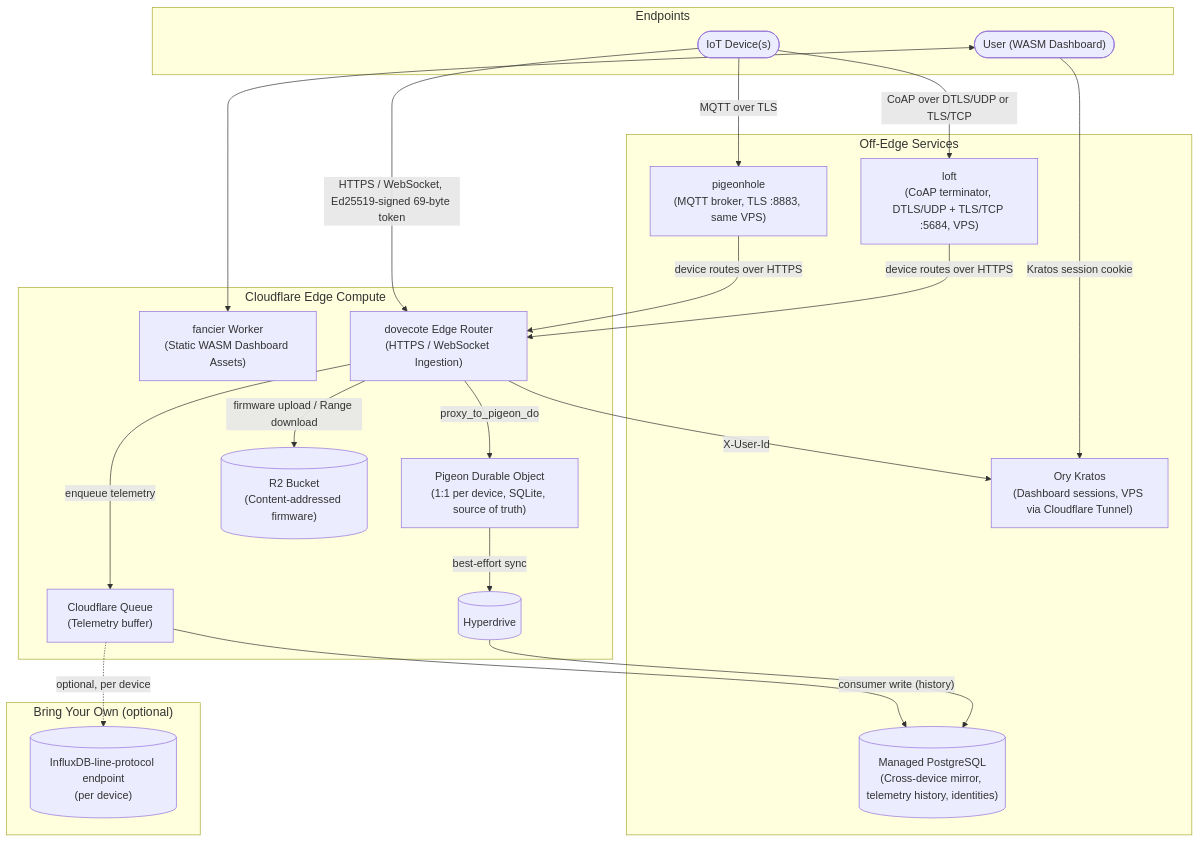
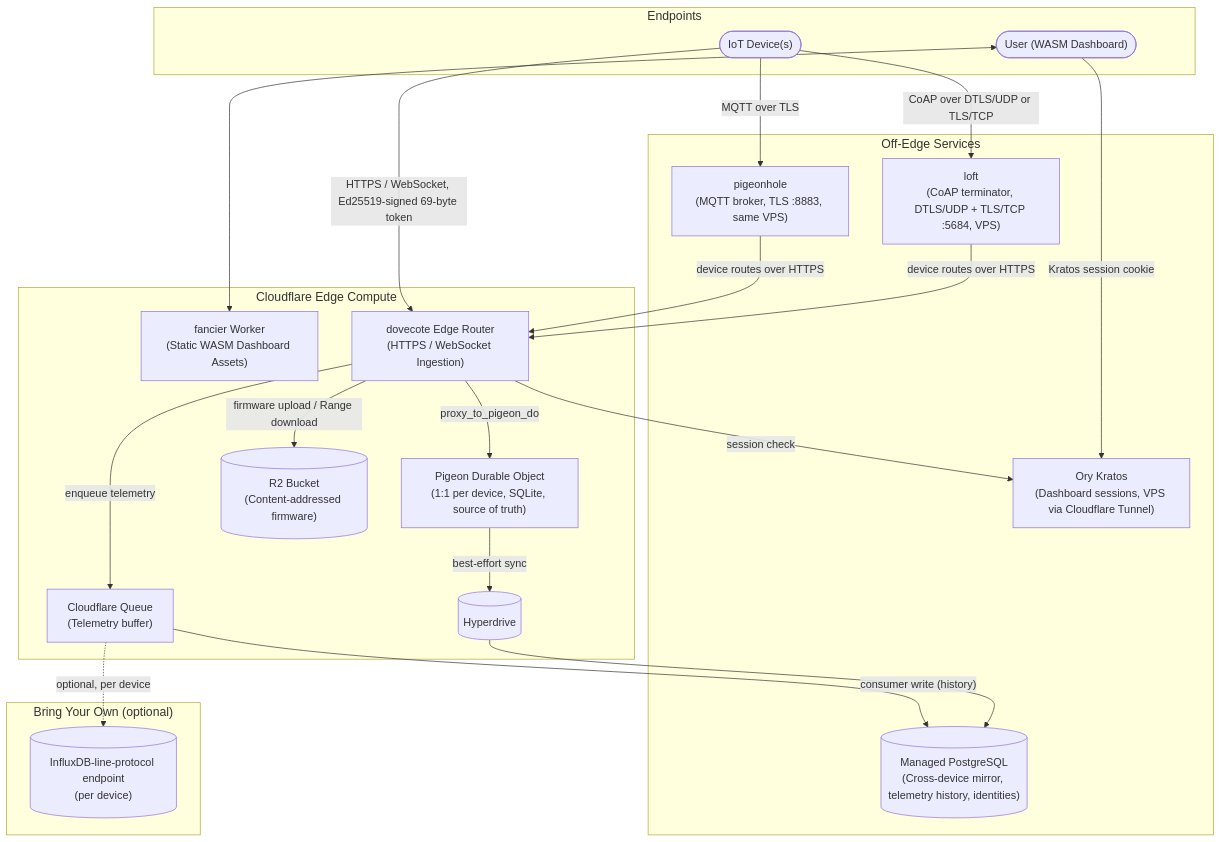
One commit to justins-engineering/pidgeiot changed the diagram in fancier/assets/architecture.mmd. Above: the diagram before and after it, drawn with Mermaid. The commit also changed 2 other files, not shown here.

Commit message:
Label the router-to-Kratos edge and the architecture title truthfully
The router sends Kratos the browser's session cookie to resolve the
user; X-User-Id is what it forwards to the pigeon's object afterwards,
so the diagram's Kratos edge now reads "session check". The SVG is
re-rendered from the source.

The device end of the diagram runs the pigeon library, which is C, so
the tab title says the backend is Rust rather than "Rust End to End".

```diff
--- a/fancier/assets/architecture.mmd
+++ b/fancier/assets/architecture.mmd
@@ -1,111 +1,111 @@
 ---
 config:
   theme: null
   themeVariables:
     fontFamily: "Courier New"
   htmlLabels: true
   flowchart:
     curve: "basis"
     subGraphTitleMargin:
       {
         "top": 0,
         "bottom": 10
       }
   themeCSS: |
     /* Map base shapes to DaisyUI variables */
     .node rect, .node circle, .node polygon, .cluster rect {
       fill: var(--color-base-300) !important;
       stroke: var(--color-base-content) !important;
       color: var(--color-base-content) !important;
       stroke-width: 2px !important;
     }
     .edgeLabel p {
       background-color: var(--color-base-100) !important;
     }
 
     /* Text colors */
     p {
       fill: var(--color-base-content) !important;
       color: var(--color-base-content) !important;
     }
 
     /* Lines and Arrows */
     .marker {
       stroke: var(--color-base-content) !important;
       fill: var(--color-base-content) !important;
     }
     .flowchart-link {
       stroke: var(--color-base-content) !important;
     }
 
     /* Custom Subgraph/Node Theming */
     .cloudflare path, .cloudflare rect {
       fill: color-mix(in oklch, #FC7C1E, transparent 85%) !important;
       stroke: #FC7C1E !important;
     }
     .selfhosted path, .selfhosted rect {
       fill: color-mix(in oklch, #1aaaff, transparent 85%) !important;
       stroke: #1aaaff !important;
     }
     .byo path, .byo rect {
       fill: color-mix(in oklch, #D52B1E, transparent 85%) !important;
       stroke: #D52B1E !important;
     }
     .endpoint path, .endpoint rect {
       fill: color-mix(in oklch, var(--color-primary), transparent 85%) !important;
       stroke: var(--color-primary) !important;
     }
     .storage path, .storage rect {
       fill: color-mix(in oklch, var(--color-secondary), transparent 85%) !important;
       stroke: var(--color-secondary) !important;
     }
 
 ---
 flowchart TB
   accTitle: PidgeIoT platform architecture
   accDescr: Users and IoT devices connect through Cloudflare's edge to the dovecote Worker, either directly over HTTPS and WebSocket or through the loft and pigeonhole transport terminators on our VPS; dovecote routes to per-device Durable Objects and mirrors state to PostgreSQL; telemetry rides a queue to history storage or a user-defined forwarding endpoint.
   classDef subTitle font-size:18px,font-weight: 500;
 
   subgraph Endpoints ["Endpoints"]
     User(["User (WASM Dashboard)"]):::endpoint
     IoT(["IoT Device(s)"]):::endpoint
   end
 
   subgraph Cloudflare ["Cloudflare Edge Compute"]
     Fancier["fancier Worker\n(Static WASM Dashboard Assets)"]:::cloudflare
     Router["dovecote Edge Router\n(HTTPS / WebSocket Ingestion)"]:::cloudflare
     DO_Pigeon["Pigeon Durable Object\n(1:1 per device, SQLite, source of truth)"]:::cloudflare
     Queue["Cloudflare Queue\n(Telemetry buffer)"]:::cloudflare
     R2[("R2 Bucket\n(Content-addressed firmware)")]:::cloudflare
     Hyperdrive[("Hyperdrive")]:::cloudflare
   end
 
   subgraph SelfHosted ["Off-Edge Services"]
     Kratos["Ory Kratos\n(Dashboard sessions, VPS via Cloudflare Tunnel)"]:::selfhosted
     Loft["loft\n(CoAP terminator, DTLS/UDP + TLS/TCP :5684, VPS)"]:::selfhosted
     Pigeonhole["pigeonhole\n(MQTT broker, TLS :8883, same VPS)"]:::selfhosted
     Postgres[("Managed PostgreSQL\n(Cross-device mirror, telemetry history, identities)")]:::storage
   end
 
   subgraph BYO ["Bring Your Own (optional)"]
     LineProto[("InfluxDB-line-protocol endpoint\n(per device)")]:::byo
   end
 
   class Endpoints,Cloudflare,SelfHosted,BYO subTitle;
 
   %% Routing
   User <--> Fancier
   User -- "Kratos session cookie" --> Kratos
   IoT -- "HTTPS / WebSocket, Ed25519-signed 69-byte token" --> Router
   IoT -- "CoAP over DTLS/UDP or TLS/TCP" --> Loft
   IoT -- "MQTT over TLS" --> Pigeonhole
   Loft -- "device routes over HTTPS" --> Router
   Pigeonhole -- "device routes over HTTPS" --> Router
   Router -- "proxy_to_pigeon_do" --> DO_Pigeon
-  Router -- "X-User-Id" --> Kratos
+  Router -- "session check" --> Kratos
   Router -- "firmware upload / Range download" --> R2
   DO_Pigeon -- "best-effort sync" --> Hyperdrive
   Hyperdrive --> Postgres
   Router -- "enqueue telemetry" --> Queue
   Queue -- "consumer write (history)" --> Postgres
   Queue -. "optional, per device" .-> LineProto
```
